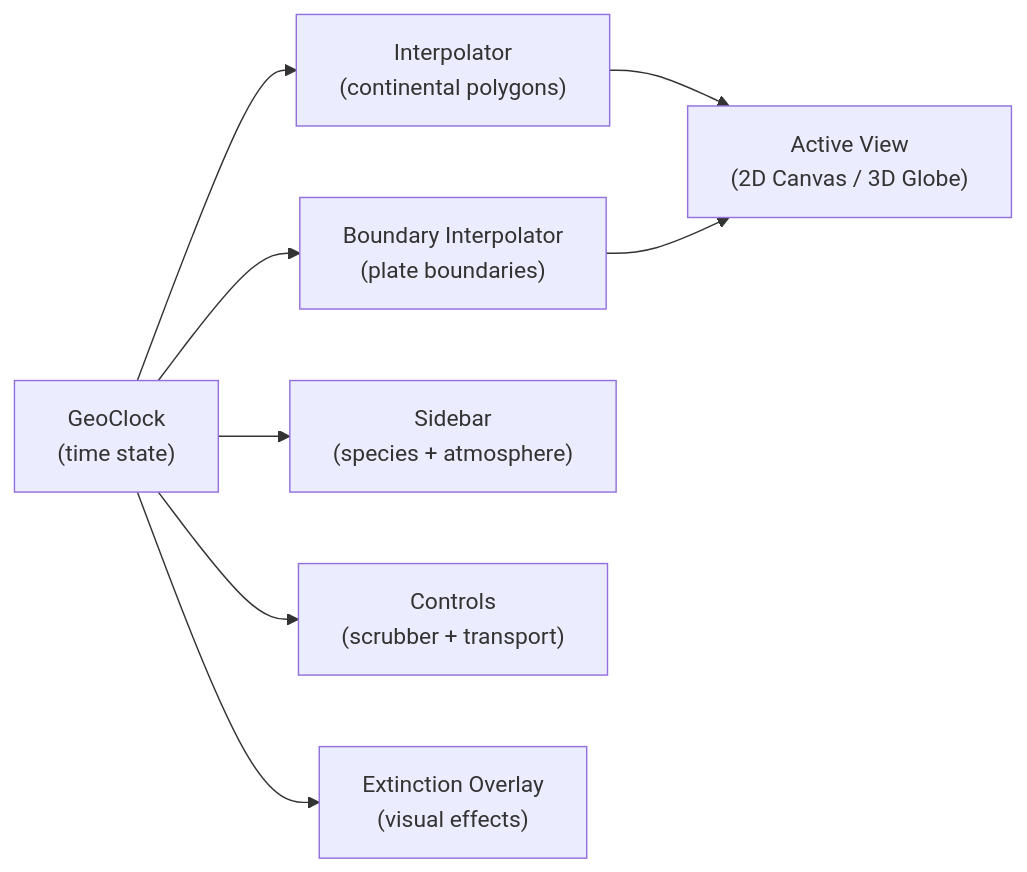
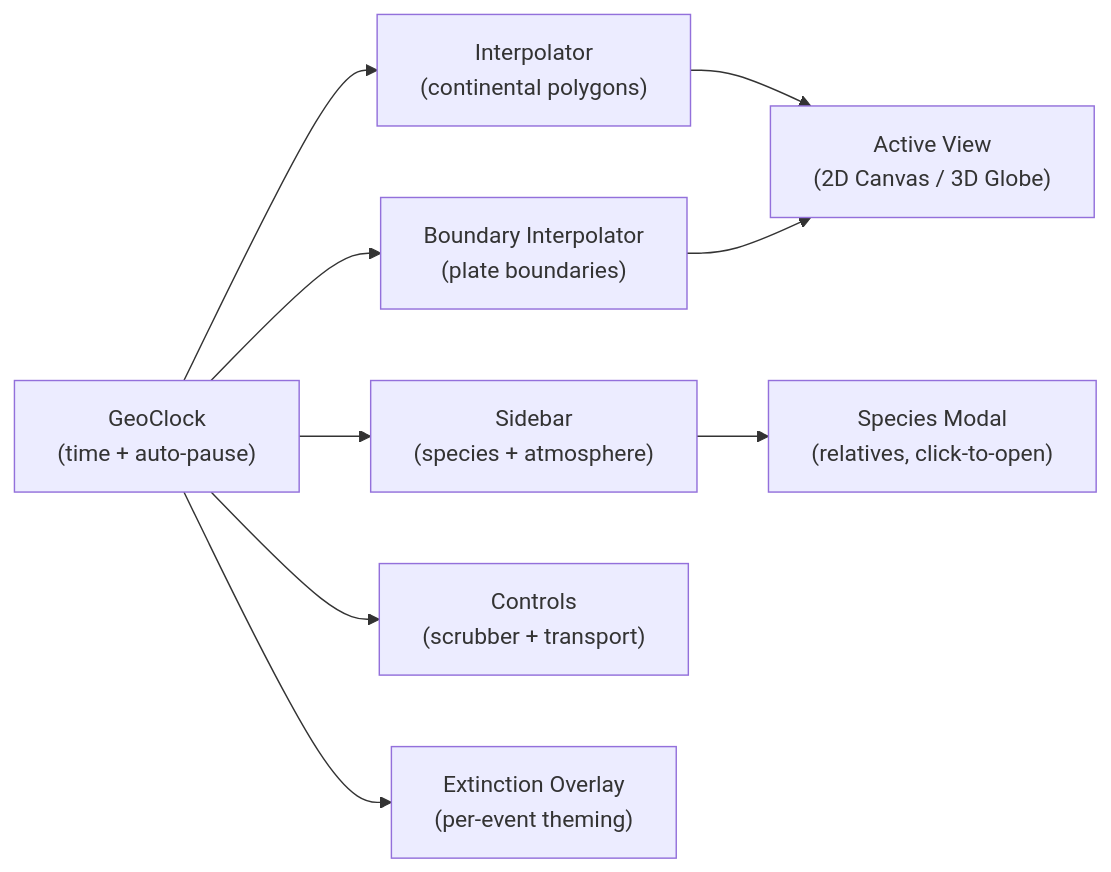
The first of 2 diagrams in README.md (sonoransun/treelifebloom), drawn with Mermaid before and after one commit. The commit also changed other lines of this file and 28 other files, not shown here.

````diff
--- a/README.md
+++ b/README.md
@@ -116,16 +183,17 @@
 ```mermaid
 flowchart LR
-    Clock["GeoClock\n(time state)"]
-    Interp["Interpolator\n(continental polygons)"]
-    BInterp["Boundary Interpolator\n(plate boundaries)"]
-    View["Active View\n(2D Canvas / 3D Globe)"]
-    Sidebar["Sidebar\n(species + atmosphere)"]
-    Controls["Controls\n(scrubber + transport)"]
-    Extinction["Extinction Overlay\n(visual effects)"]
+    Clock["GeoClock<br/>(time + auto-pause)"]
+    Interp["Interpolator<br/>(continental polygons)"]
+    BInterp["Boundary Interpolator<br/>(plate boundaries)"]
+    View["Active View<br/>(2D Canvas / 3D Globe)"]
+    Sidebar["Sidebar<br/>(species + atmosphere)"]
+    Controls["Controls<br/>(scrubber + transport)"]
+    Extinction["Extinction Overlay<br/>(per-event theming)"]
+    Modal["Species Modal<br/>(relatives, click-to-open)"]
 
     Clock --> Interp --> View
     Clock --> BInterp --> View
-    Clock --> Sidebar
+    Clock --> Sidebar --> Modal
     Clock --> Controls
     Clock --> Extinction
 ```
````
